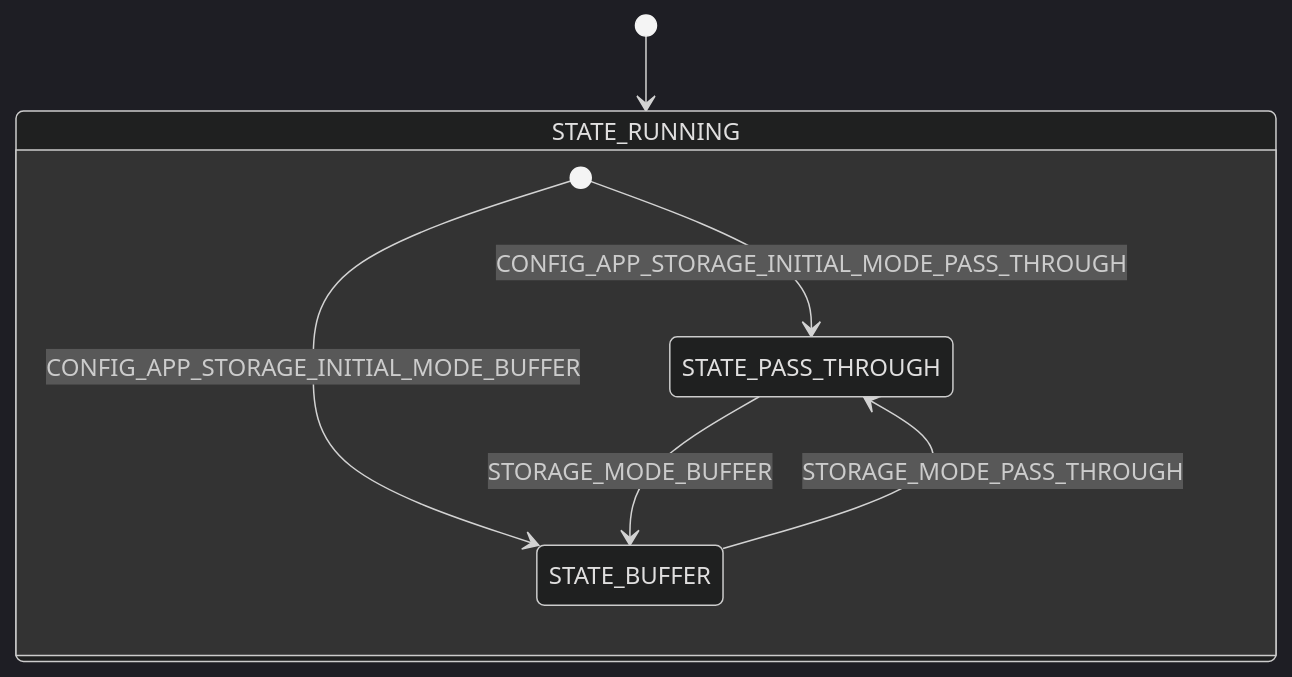
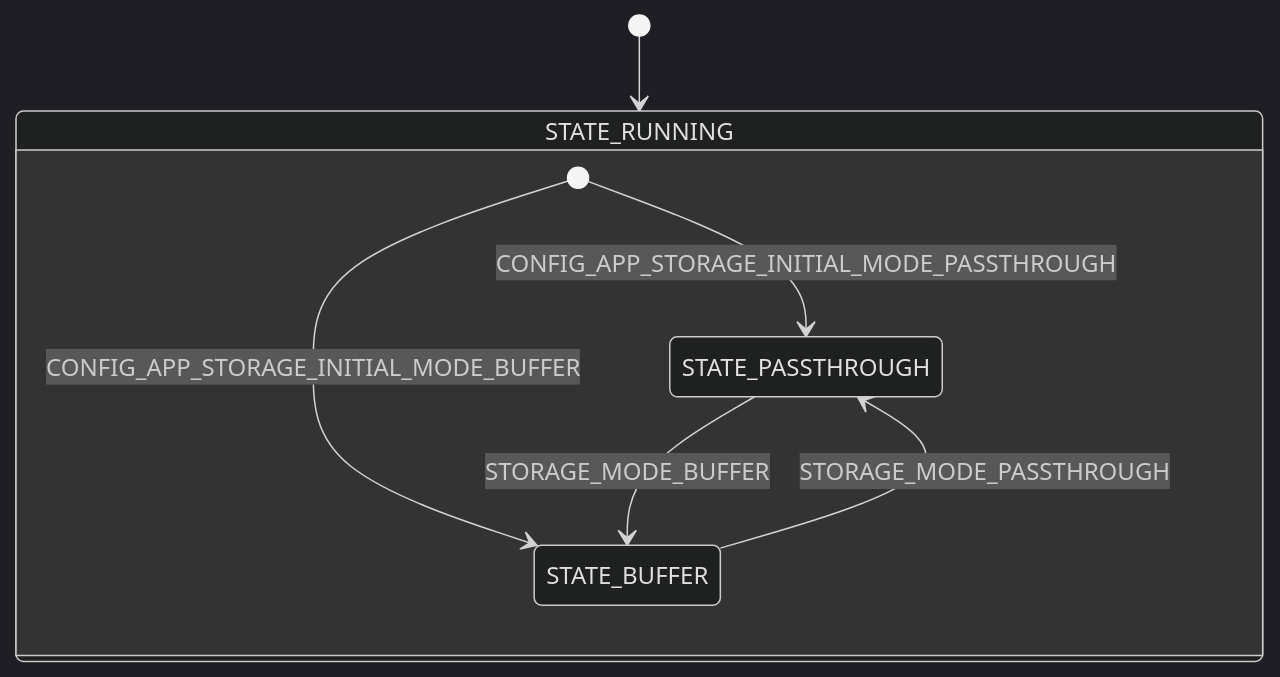
The first of 3 diagrams in docs/modules/storage.md (nrfconnect/Asset-Tracker-Template), drawn with Mermaid (dark theme) before and after one commit. The commit also changed other lines of this file and 5 other files, not shown here.

````diff
--- a/docs/modules/storage.md
+++ b/docs/modules/storage.md
@@ -22,12 +22,12 @@
 ```mermaid
 stateDiagram-v2
     [*] --> STATE_RUNNING
 
     state STATE_RUNNING {
-        [*] --> STATE_PASS_THROUGH: CONFIG_APP_STORAGE_INITIAL_MODE_PASS_THROUGH
+        [*] --> STATE_PASSTHROUGH: CONFIG_APP_STORAGE_INITIAL_MODE_PASSTHROUGH
         [*] --> STATE_BUFFER: CONFIG_APP_STORAGE_INITIAL_MODE_BUFFER
 
-        STATE_PASS_THROUGH --> STATE_BUFFER: STORAGE_MODE_BUFFER
-        STATE_BUFFER --> STATE_PASS_THROUGH: STORAGE_MODE_PASS_THROUGH
+        STATE_PASSTHROUGH --> STATE_BUFFER: STORAGE_MODE_BUFFER
+        STATE_BUFFER --> STATE_PASSTHROUGH: STORAGE_MODE_PASSTHROUGH
     }
 ```
````
